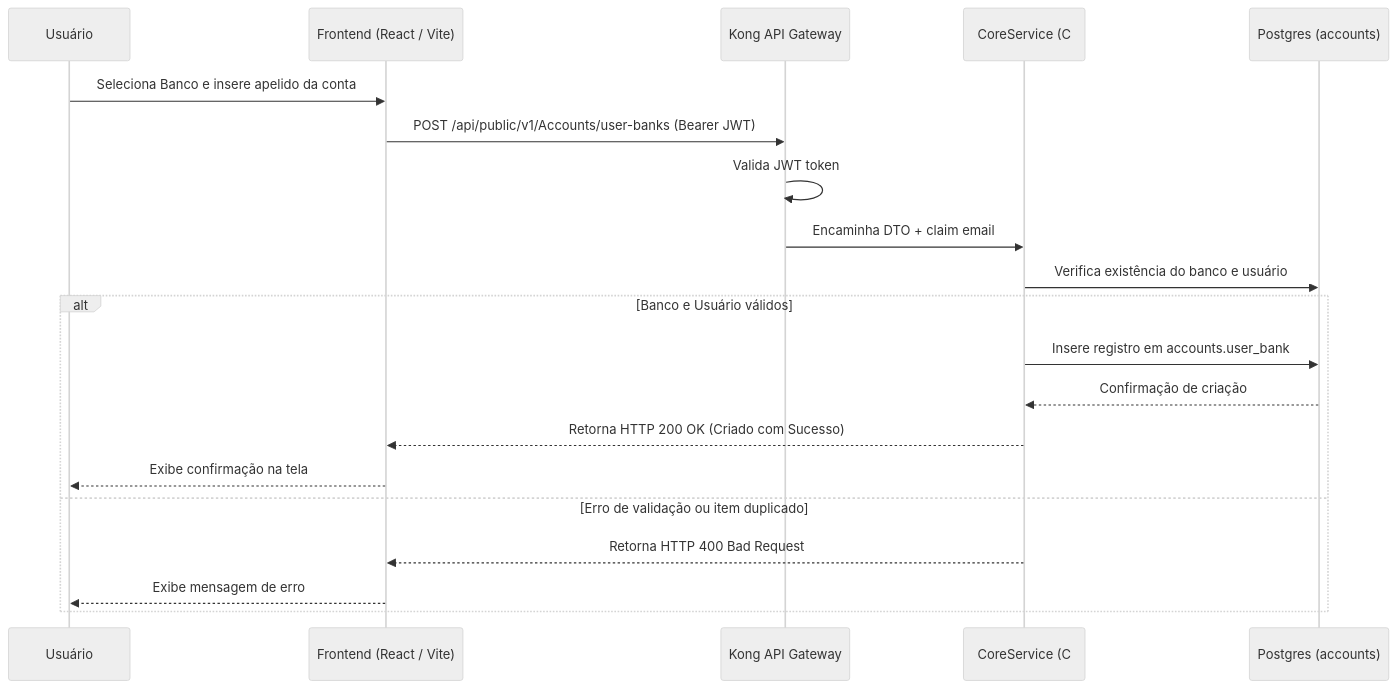
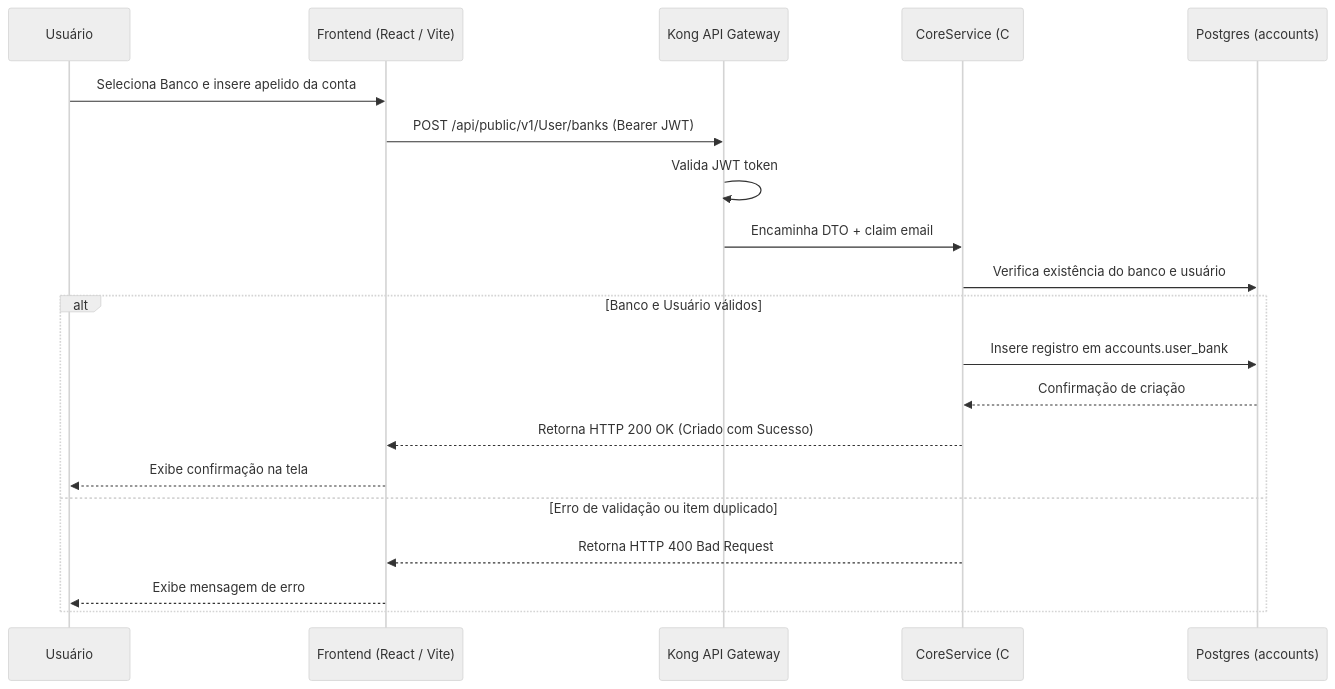
One commit to pedrovtof/Nievo-easy-fin changed the second of 6 diagrams in docs/config/docs/content/FluxosNegocio/about.md. Above: the diagram before and after it, drawn with Mermaid (neutral theme). The commit also changed other lines of this file and 33 other files, not shown here.

````diff
--- a/docs/config/docs/content/FluxosNegocio/about.md
+++ b/docs/config/docs/content/FluxosNegocio/about.md
@@ -86,23 +86,23 @@
 ```mermaid
 sequenceDiagram
     participant Usuario as Usuário
     participant Frontend as Frontend (React / Vite)
     participant Kong as Kong API Gateway
     participant Core as CoreService (C#)
     participant DB as Postgres (accounts)
 
     Usuario->>Frontend: Seleciona Banco e insere apelido da conta
-    Frontend->>Kong: POST /api/public/v1/Accounts/user-banks (Bearer JWT)
+    Frontend->>Kong: POST /api/public/v1/User/banks (Bearer JWT)
     Kong->>Kong: Valida JWT token
     Kong->>Core: Encaminha DTO + claim email
     Core->>DB: Verifica existência do banco e usuário
     alt Banco e Usuário válidos
         Core->>DB: Insere registro em accounts.user_bank
         DB-->>Core: Confirmação de criação
         Core-->>Frontend: Retorna HTTP 200 OK (Criado com Sucesso)
         Frontend-->>Usuario: Exibe confirmação na tela
     else Erro de validação ou item duplicado
         Core-->>Frontend: Retorna HTTP 400 Bad Request
         Frontend-->>Usuario: Exibe mensagem de erro
     end
 ```
````
